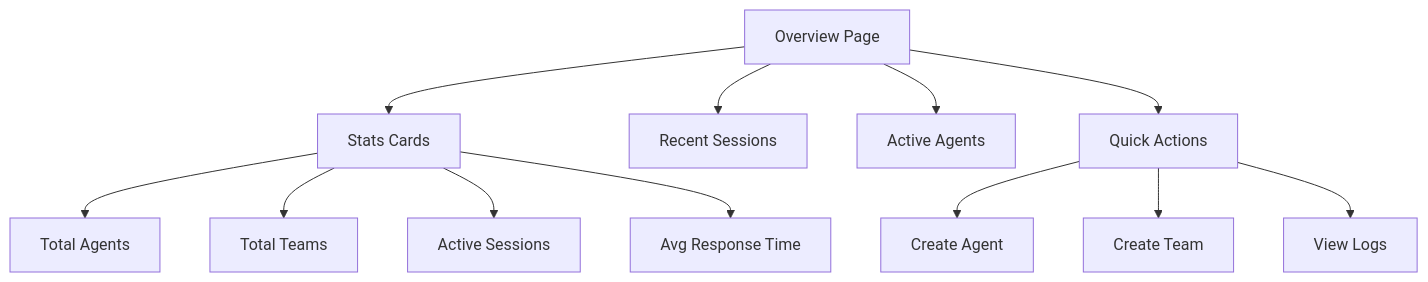
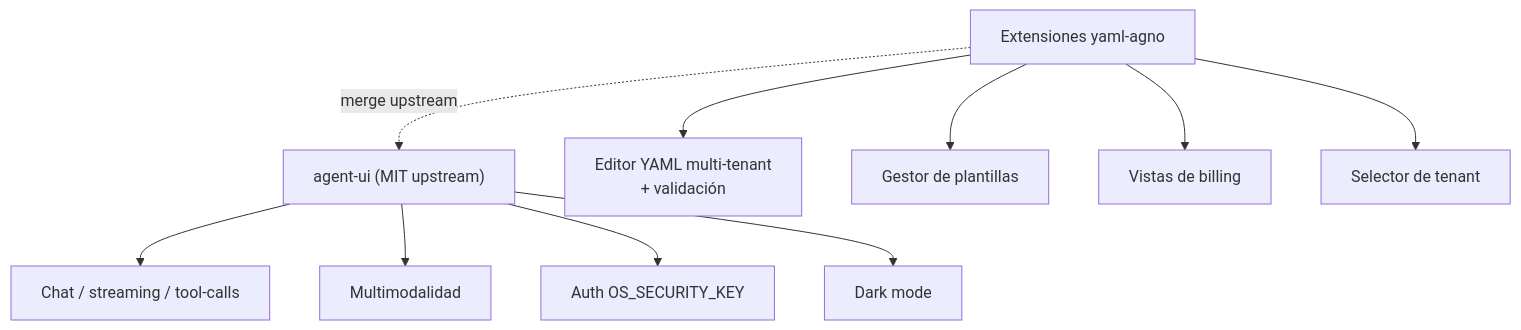
One commit to CENFARG/yaml-agno changed the second of 2 diagrams in specs/SPEC_07_DASHBOARD_ARCHITECTURE.md. Above: the diagram before and after it, drawn with Mermaid. The commit also changed other lines of this file and 1 other file, not shown here.

````diff
--- a/specs/SPEC_07_DASHBOARD_ARCHITECTURE.md
+++ b/specs/SPEC_07_DASHBOARD_ARCHITECTURE.md
@@ -71,16 +149,12 @@
 ```mermaid
 graph TD
-    OP["Overview Page"] --> SC["Stats Cards"]
-    OP --> RS["Recent Sessions"]
-    OP --> AA["Active Agents"]
-    OP --> QA["Quick Actions"]
-
-    SC --> TA["Total Agents"]
-    SC --> TT["Total Teams"]
-    SC --> AS["Active Sessions"]
-    SC --> ART["Avg Response Time"]
-
-    QA --> CA["Create Agent"]
-    QA --> CT["Create Team"]
-    QA --> VL["View Logs"]
+    BASE["agent-ui (MIT upstream)"] --> CHAT["Chat / streaming / tool-calls"]
+    BASE --> MM["Multimodalidad"]
+    BASE --> AUTH["Auth OS_SECURITY_KEY"]
+    BASE --> DARK["Dark mode"]
+    EXT["Extensiones yaml-agno"] --> YAMLEDIT["Editor YAML multi-tenant<br/>+ validación"]
+    EXT --> TEMPLATES["Gestor de plantillas"]
+    EXT --> BILLING["Vistas de billing"]
+    EXT --> TENANTS["Selector de tenant"]
+    EXT -.->|"merge upstream"| BASE
 ```
````
